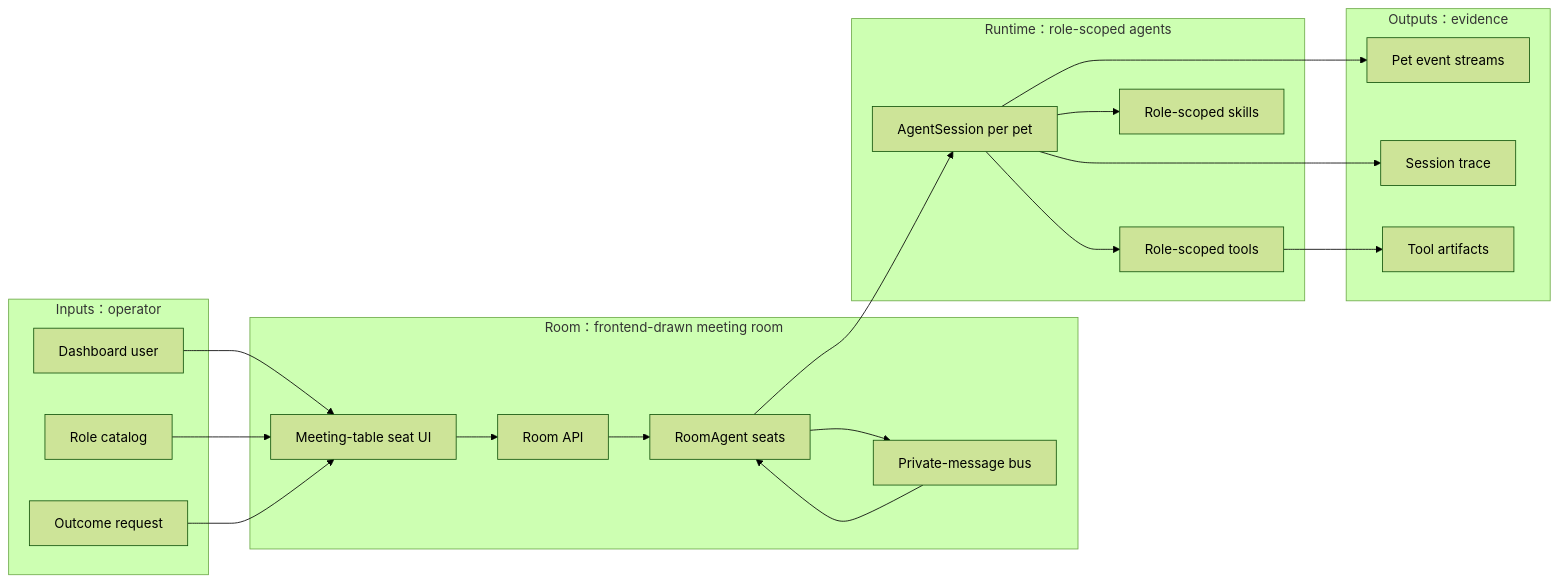
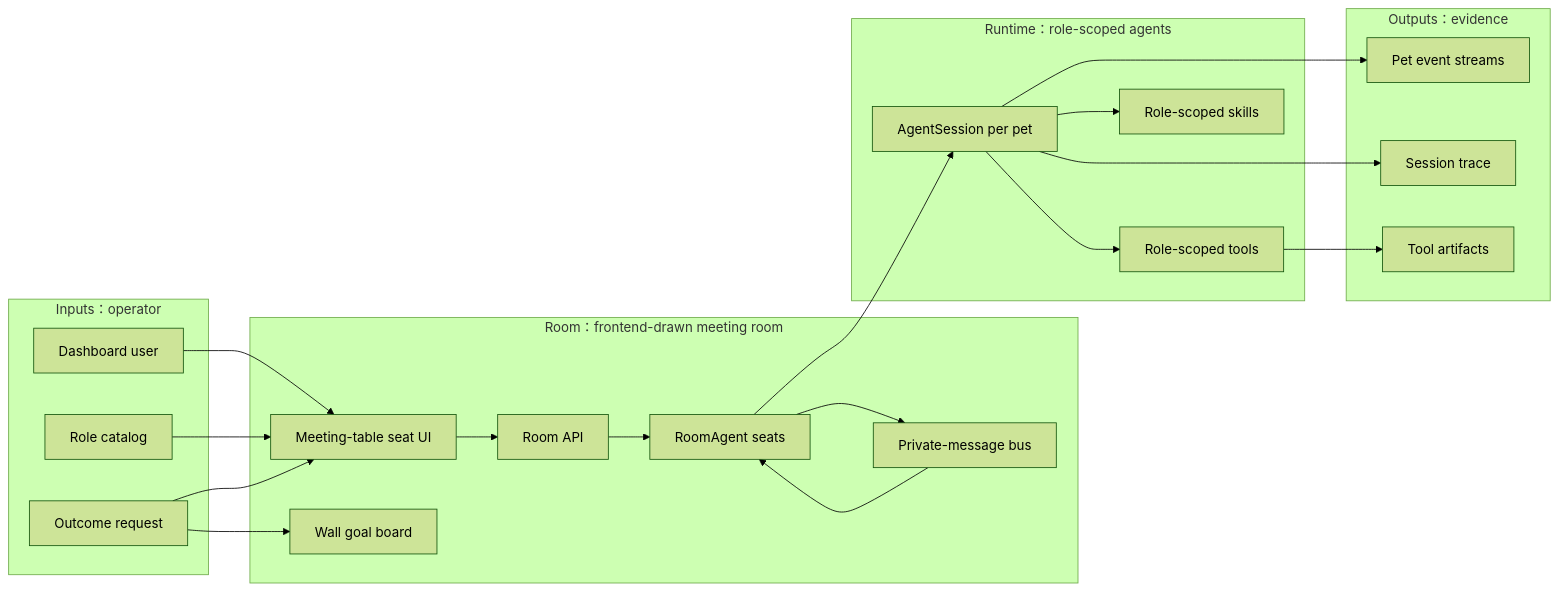
The diagram in dashboard/SPEC.md (fightheyyy/XiaoBa-CLI), drawn with Mermaid (forest theme) before and after one commit. The commit also changed other lines of this file and 2 other files, not shown here.

Commit message:
Render room goal on board

````diff
--- a/dashboard/SPEC.md
+++ b/dashboard/SPEC.md
@@ -27,41 +27,43 @@
 ```mermaid
 flowchart LR
     subgraph Inputs["Inputs：operator"]
         Human["Dashboard user"]
         Roles["Role catalog"]
         Mission["Outcome request"]
     end
 
     subgraph Room["Room：frontend-drawn meeting room"]
         UI["Meeting-table seat UI"]
+        GoalBoard["Wall goal board"]
         API["Room API"]
         Seats["RoomAgent seats"]
         PM["Private-message bus"]
     end
 
     subgraph Runtime["Runtime：role-scoped agents"]
         Sessions["AgentSession per pet"]
         Tools["Role-scoped tools"]
         Skills["Role-scoped skills"]
     end
 
     subgraph Outputs["Outputs：evidence"]
         SSE["Pet event streams"]
         Trace["Session trace"]
         Artifacts["Tool artifacts"]
     end
 
     Human --> UI
     Roles --> UI
     Mission --> UI
+    Mission --> GoalBoard
     UI --> API
     API --> Seats
     Seats --> PM
     PM --> Seats
     Seats --> Sessions
     Sessions --> Tools
     Sessions --> Skills
     Sessions --> SSE
     Tools --> Artifacts
     Sessions --> Trace
 ```
````
